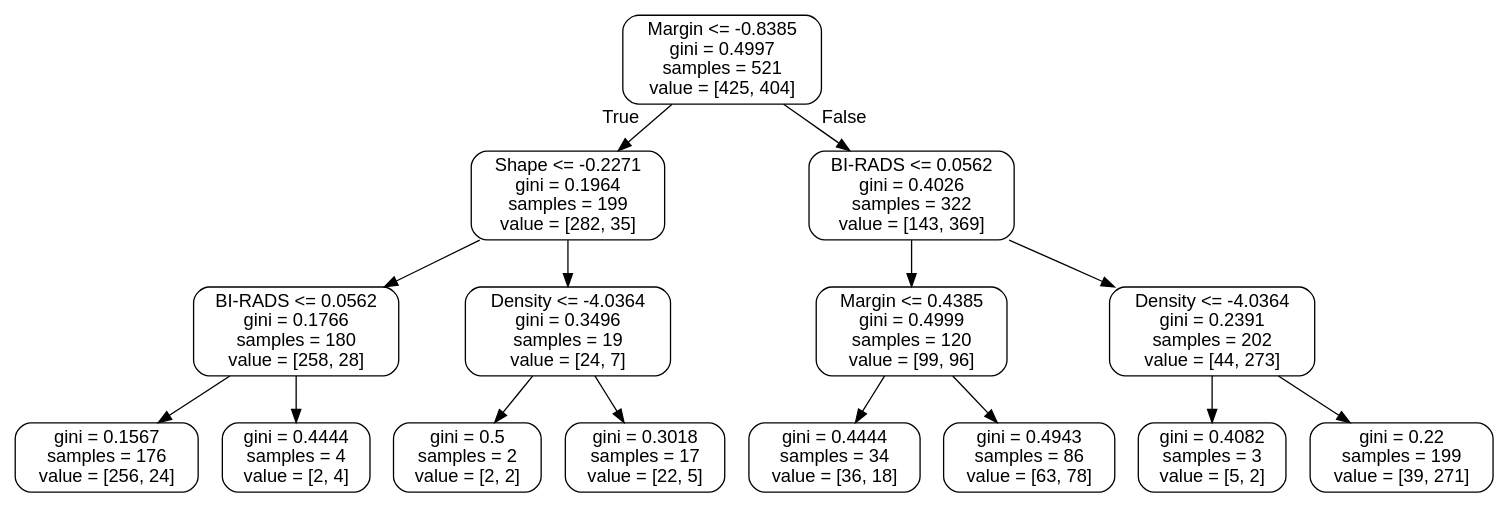
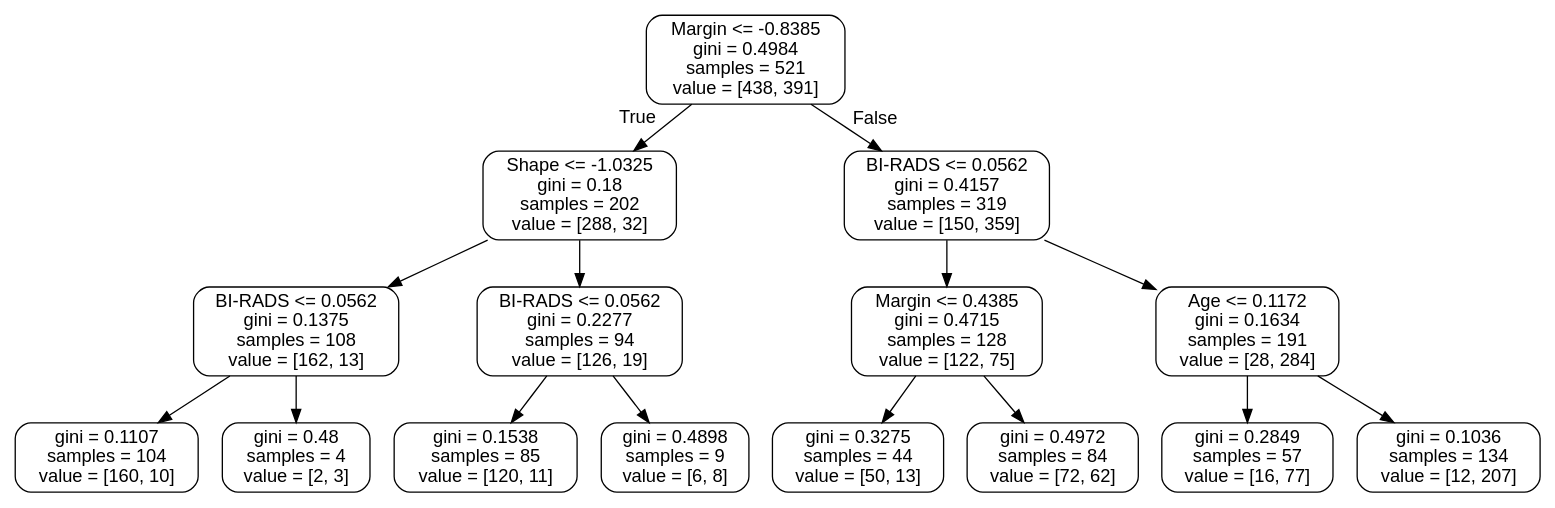
One commit to patel418/python_algcomp changed the diagram in lit_tree.dot. Above: the diagram before and after it, drawn with Graphviz. The commit also changed 3 other files, not shown here.

```diff
--- a/lit_tree.dot
+++ b/lit_tree.dot
@@ -1,33 +1,33 @@
 digraph Tree {
 node [shape=box, style="rounded", color="black", fontname=helvetica] ;
 edge [fontname=helvetica] ;
-0 [label="Margin <= -0.8385\ngini = 0.4997\nsamples = 521\nvalue = [425, 404]"] ;
-1 [label="Shape <= -0.2271\ngini = 0.1964\nsamples = 199\nvalue = [282, 35]"] ;
+0 [label="Margin <= -0.8385\ngini = 0.4984\nsamples = 521\nvalue = [438, 391]"] ;
+1 [label="Shape <= -1.0325\ngini = 0.18\nsamples = 202\nvalue = [288, 32]"] ;
 0 -> 1 [labeldistance=2.5, labelangle=45, headlabel="True"] ;
-2 [label="BI-RADS <= 0.0562\ngini = 0.1766\nsamples = 180\nvalue = [258, 28]"] ;
+2 [label="BI-RADS <= 0.0562\ngini = 0.1375\nsamples = 108\nvalue = [162, 13]"] ;
 1 -> 2 ;
-3 [label="gini = 0.1567\nsamples = 176\nvalue = [256, 24]"] ;
+3 [label="gini = 0.1107\nsamples = 104\nvalue = [160, 10]"] ;
 2 -> 3 ;
-4 [label="gini = 0.4444\nsamples = 4\nvalue = [2, 4]"] ;
+4 [label="gini = 0.48\nsamples = 4\nvalue = [2, 3]"] ;
 2 -> 4 ;
-5 [label="Density <= -4.0364\ngini = 0.3496\nsamples = 19\nvalue = [24, 7]"] ;
+5 [label="BI-RADS <= 0.0562\ngini = 0.2277\nsamples = 94\nvalue = [126, 19]"] ;
 1 -> 5 ;
-6 [label="gini = 0.5\nsamples = 2\nvalue = [2, 2]"] ;
+6 [label="gini = 0.1538\nsamples = 85\nvalue = [120, 11]"] ;
 5 -> 6 ;
-7 [label="gini = 0.3018\nsamples = 17\nvalue = [22, 5]"] ;
+7 [label="gini = 0.4898\nsamples = 9\nvalue = [6, 8]"] ;
 5 -> 7 ;
-8 [label="BI-RADS <= 0.0562\ngini = 0.4026\nsamples = 322\nvalue = [143, 369]"] ;
+8 [label="BI-RADS <= 0.0562\ngini = 0.4157\nsamples = 319\nvalue = [150, 359]"] ;
 0 -> 8 [labeldistance=2.5, labelangle=-45, headlabel="False"] ;
-9 [label="Margin <= 0.4385\ngini = 0.4999\nsamples = 120\nvalue = [99, 96]"] ;
+9 [label="Margin <= 0.4385\ngini = 0.4715\nsamples = 128\nvalue = [122, 75]"] ;
 8 -> 9 ;
-10 [label="gini = 0.4444\nsamples = 34\nvalue = [36, 18]"] ;
+10 [label="gini = 0.3275\nsamples = 44\nvalue = [50, 13]"] ;
 9 -> 10 ;
-11 [label="gini = 0.4943\nsamples = 86\nvalue = [63, 78]"] ;
+11 [label="gini = 0.4972\nsamples = 84\nvalue = [72, 62]"] ;
 9 -> 11 ;
-12 [label="Density <= -4.0364\ngini = 0.2391\nsamples = 202\nvalue = [44, 273]"] ;
+12 [label="Age <= 0.1172\ngini = 0.1634\nsamples = 191\nvalue = [28, 284]"] ;
 8 -> 12 ;
-13 [label="gini = 0.4082\nsamples = 3\nvalue = [5, 2]"] ;
+13 [label="gini = 0.2849\nsamples = 57\nvalue = [16, 77]"] ;
 12 -> 13 ;
-14 [label="gini = 0.22\nsamples = 199\nvalue = [39, 271]"] ;
+14 [label="gini = 0.1036\nsamples = 134\nvalue = [12, 207]"] ;
 12 -> 14 ;
 }
```
